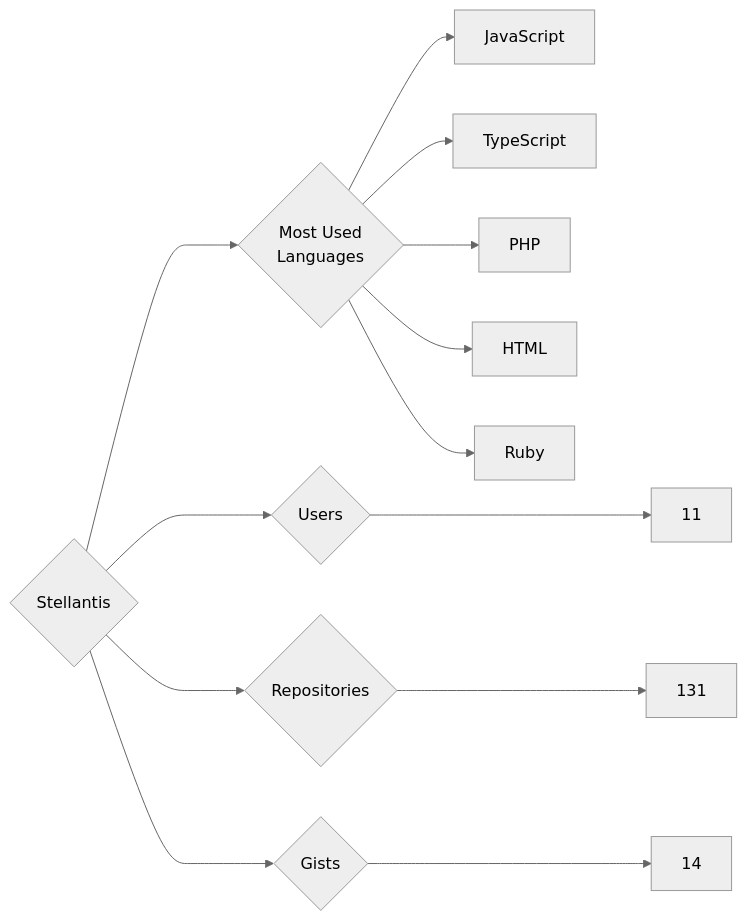
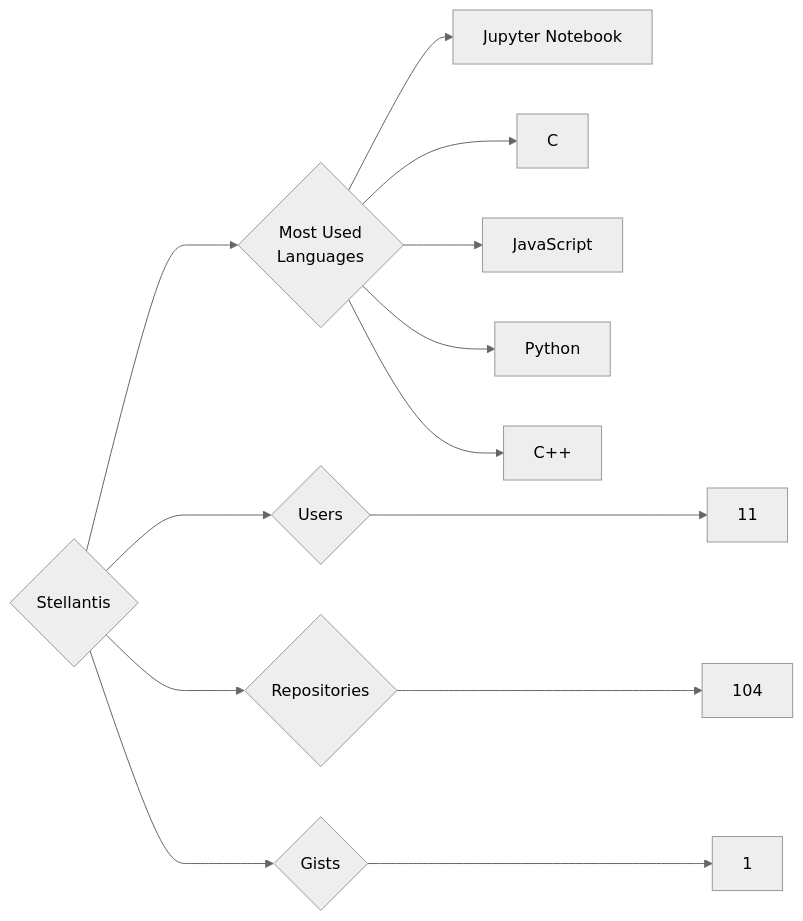
One commit to trickest/insiders changed the diagram in targets/Stellantis/README.md. Above: the diagram before and after it, drawn with Mermaid (neutral theme). The commit also changed 787 other files, not shown here.

````diff
--- a/targets/Stellantis/README.md
+++ b/targets/Stellantis/README.md
@@ -3,13 +3,13 @@
 ```mermaid
 graph LR
 COMPANY_NAME{Stellantis}
 COMPANY_NAME ---> U{Users} ---> UN[11]
-COMPANY_NAME ---> R{Repositories} ---> RN[131]
-COMPANY_NAME ---> G{Gists} ---> GN[14]
+COMPANY_NAME ---> R{Repositories} ---> RN[104]
+COMPANY_NAME ---> G{Gists} ---> GN[1]
 COMPANY_NAME ---> ML{Most Used<br>Languages}
+ML --> Jupyter_Notebook[Jupyter Notebook]
+ML --> C[C]
 ML --> JavaScript[JavaScript]
-ML --> TypeScript[TypeScript]
-ML --> PHP[PHP]
-ML --> HTML[HTML]
-ML --> Ruby[Ruby]
+ML --> Python[Python]
+ML --> C++[C++]
 ```
````
